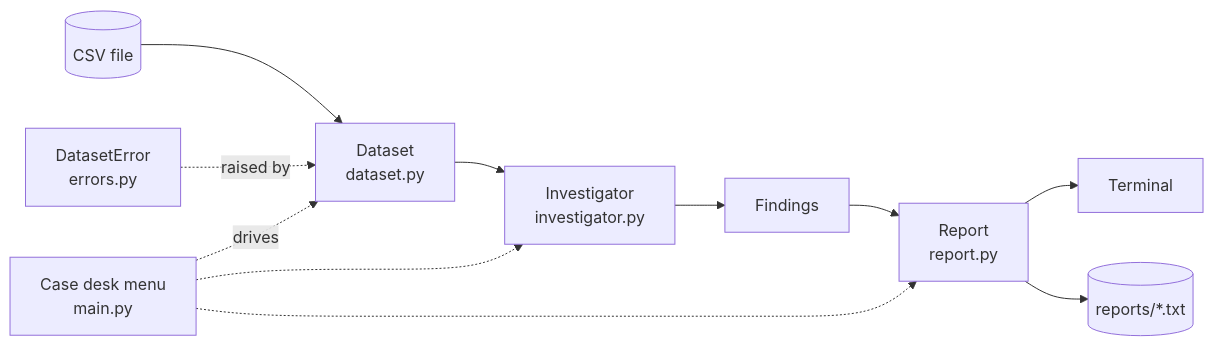
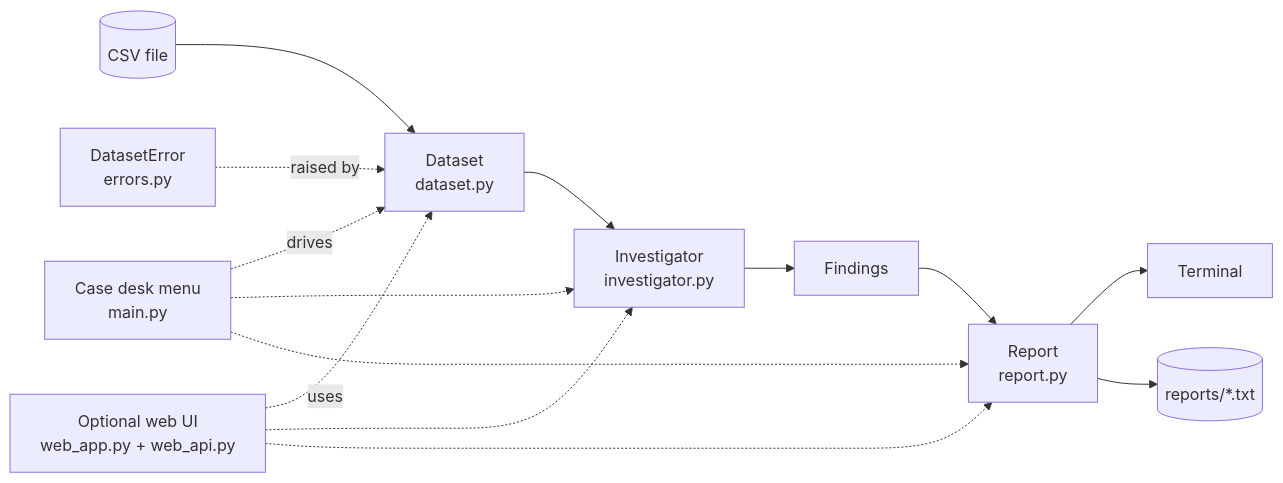
Before and after one commit to prajwalbankar/Python-Data-Detective: the diagram in README.md, drawn with Mermaid. The commit also changed other lines of this file and 5 other files, not shown here.

````diff
--- a/README.md
+++ b/README.md
@@ -195,13 +216,16 @@
 ```mermaid
 flowchart LR
     CSV[("CSV file")] --> D["Dataset<br/>dataset.py"]
     D --> I["Investigator<br/>investigator.py"]
     I --> F["Findings"]
     F --> R["Report<br/>report.py"]
     R --> T["Terminal"]
     R --> TXT[("reports/*.txt")]
     M["Case desk menu<br/>main.py"] -. drives .-> D
     M -.-> I
     M -.-> R
     E["DatasetError<br/>errors.py"] -. raised by .-> D
+    W["Optional web UI<br/>web_app.py + web_api.py"] -. uses .-> D
+    W -.-> I
+    W -.-> R
 ```
````
